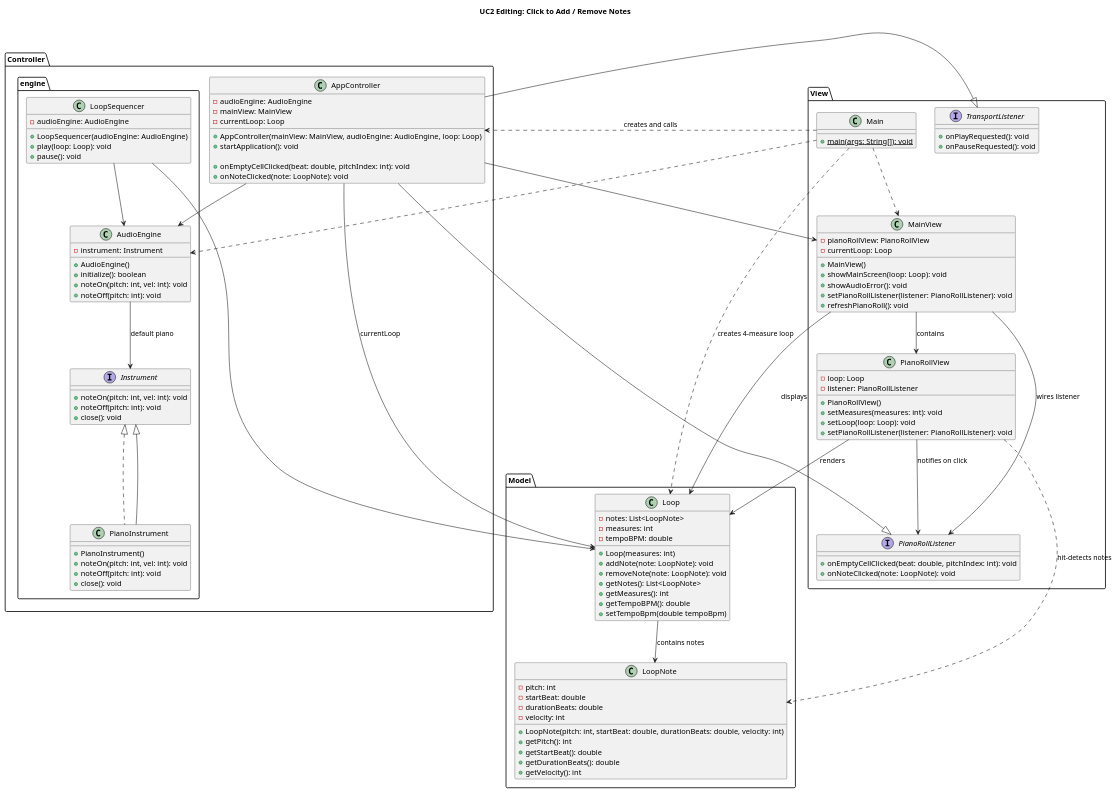
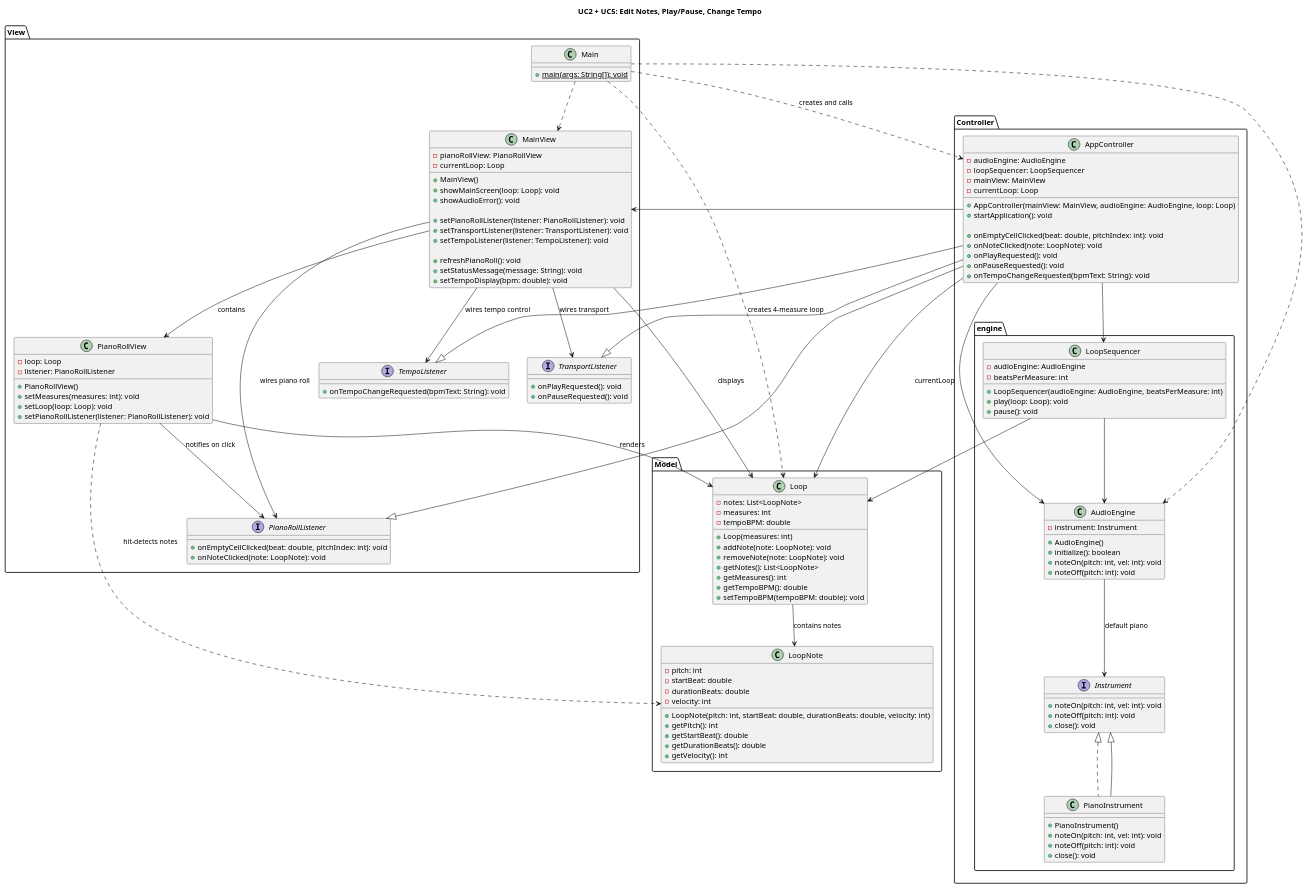
Before and after one commit to nu-cs-sw-design/project-20252601-music_platform: the diagram in docs/design/design.puml, drawn with PlantUML. The commit also changed 5 other files, not shown here.

```diff
--- a/docs/design/design.puml
+++ b/docs/design/design.puml
@@ -1,143 +1,167 @@
 @startuml
-title UC2 Editing: Click to Add / Remove Notes
+title UC2 + UC5: Edit Notes, Play/Pause, Change Tempo
 
 package View {
     class Main {
         +{static} main(args: String[]): void
     }
 
     class MainView {
         -pianoRollView: PianoRollView
         -currentLoop: Loop
+        ' UI fields for tempo input (conceptual)
+        '-tempoTextField: JTextField
 
         +MainView()
         +showMainScreen(loop: Loop): void
         +showAudioError(): void
+
         +setPianoRollListener(listener: PianoRollListener): void
+        +setTransportListener(listener: TransportListener): void
+        +setTempoListener(listener: TempoListener): void
+
         +refreshPianoRoll(): void
+        +setStatusMessage(message: String): void
+        +setTempoDisplay(bpm: double): void
     }
 
     class PianoRollView {
         -loop: Loop
         -listener: PianoRollListener
 
         +PianoRollView()
         +setMeasures(measures: int): void
         +setLoop(loop: Loop): void
         +setPianoRollListener(listener: PianoRollListener): void
-        ' Internally handles mouse clicks, then calls listener
+        ' Internally handles mouse clicks, hit-detects notes,
+        ' and calls listener.
     }
 
     interface PianoRollListener {
         +onEmptyCellClicked(beat: double, pitchIndex: int): void
         +onNoteClicked(note: LoopNote): void
     }
 
     interface TransportListener {
-       +onPlayRequested(): void
+        +onPlayRequested(): void
         +onPauseRequested(): void
+    }
+
+    interface TempoListener {
+        +onTempoChangeRequested(bpmText: String): void
     }
 }
 
 package Model {
     class Loop {
         -notes: List<LoopNote>
         -measures: int
         -tempoBPM: double
 
         +Loop(measures: int)
         +addNote(note: LoopNote): void
         +removeNote(note: LoopNote): void
         +getNotes(): List<LoopNote>
         +getMeasures(): int
         +getTempoBPM(): double
-        +setTempoBpm(double tempoBpm)
-
+        +setTempoBPM(tempoBPM: double): void
     }
 
     class LoopNote {
         -pitch: int
         -startBeat: double
         -durationBeats: double
         -velocity: int
 
         +LoopNote(pitch: int, startBeat: double, durationBeats: double, velocity: int)
         +getPitch(): int
         +getStartBeat(): double
         +getDurationBeats(): double
         +getVelocity(): int
     }
 }
 
 package Controller {
     class AppController {
         -audioEngine: AudioEngine
+        -loopSequencer: LoopSequencer
         -mainView: MainView
         -currentLoop: Loop
 
         +AppController(mainView: MainView, audioEngine: AudioEngine, loop: Loop)
         +startApplication(): void
 
         +onEmptyCellClicked(beat: double, pitchIndex: int): void
         +onNoteClicked(note: LoopNote): void
+        +onPlayRequested(): void
+        +onPauseRequested(): void
+        +onTempoChangeRequested(bpmText: String): void
     }
 
     AppController --|> PianoRollListener
+    AppController --|> TransportListener
+    AppController --|> TempoListener
 
     package engine {
         interface Instrument {
             +noteOn(pitch: int, vel: int): void
             +noteOff(pitch: int): void
             +close(): void
         }
 
         class PianoInstrument implements Instrument {
             +PianoInstrument()
             +noteOn(pitch: int, vel: int): void
             +noteOff(pitch: int): void
             +close(): void
         }
 
         class AudioEngine {
             -instrument: Instrument
             +AudioEngine()
             +initialize(): boolean
             +noteOn(pitch: int, vel: int): void
             +noteOff(pitch: int): void
         }
+
         class LoopSequencer {
-                    -audioEngine: AudioEngine
-                    +LoopSequencer(audioEngine: AudioEngine)
-                    +play(loop: Loop): void
-                    +pause(): void
-                }
+            -audioEngine: AudioEngine
+            -beatsPerMeasure: int
+
+            +LoopSequencer(audioEngine: AudioEngine, beatsPerMeasure: int)
+            +play(loop: Loop): void
+            +pause(): void
+        }
     }
 }
 
 ' --- Relationships ---
 
 Main ..> AppController : "creates and calls"
 Main ..> MainView
 Main ..> AudioEngine
 Main ..> Loop : "creates 4-measure loop"
 
 MainView --> PianoRollView : "contains"
 MainView --> Loop : "displays"
-MainView --> PianoRollListener : "wires listener"
+MainView --> PianoRollListener : "wires piano roll"
+MainView --> TransportListener : "wires transport"
+MainView --> TempoListener : "wires tempo control"
 
 PianoRollView --> Loop : "renders"
 PianoRollView ..> LoopNote : "hit-detects notes"
 PianoRollView --> PianoRollListener : "notifies on click"
 
 AppController --> MainView
 AppController --> AudioEngine
+AppController --> LoopSequencer
 AppController --> Loop : "currentLoop"
 
 Controller.engine.PianoInstrument --|> Controller.engine.Instrument
 Controller.engine.AudioEngine --> Controller.engine.Instrument : "default piano"
 
 Loop --> LoopNote : "contains notes"
 Controller.engine.LoopSequencer --> Controller.engine.AudioEngine
 Controller.engine.LoopSequencer --> Loop
-AppController --|> TransportListener
+
 @enduml
```
